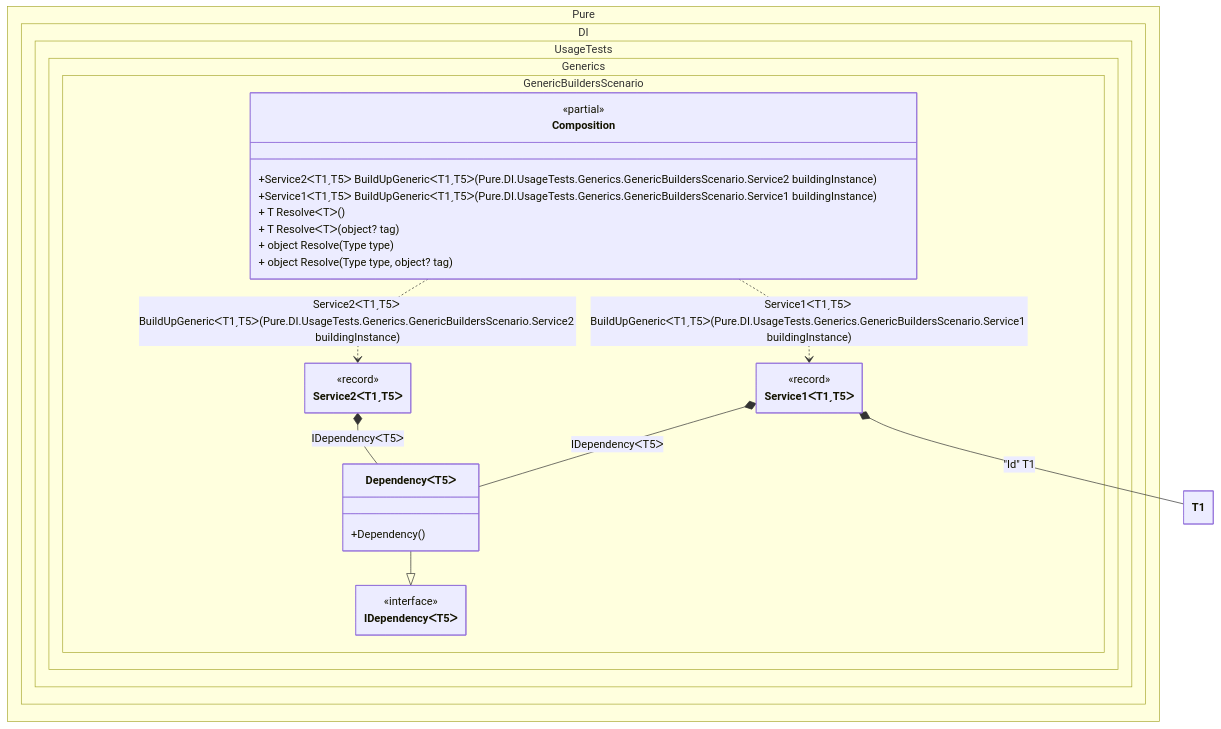
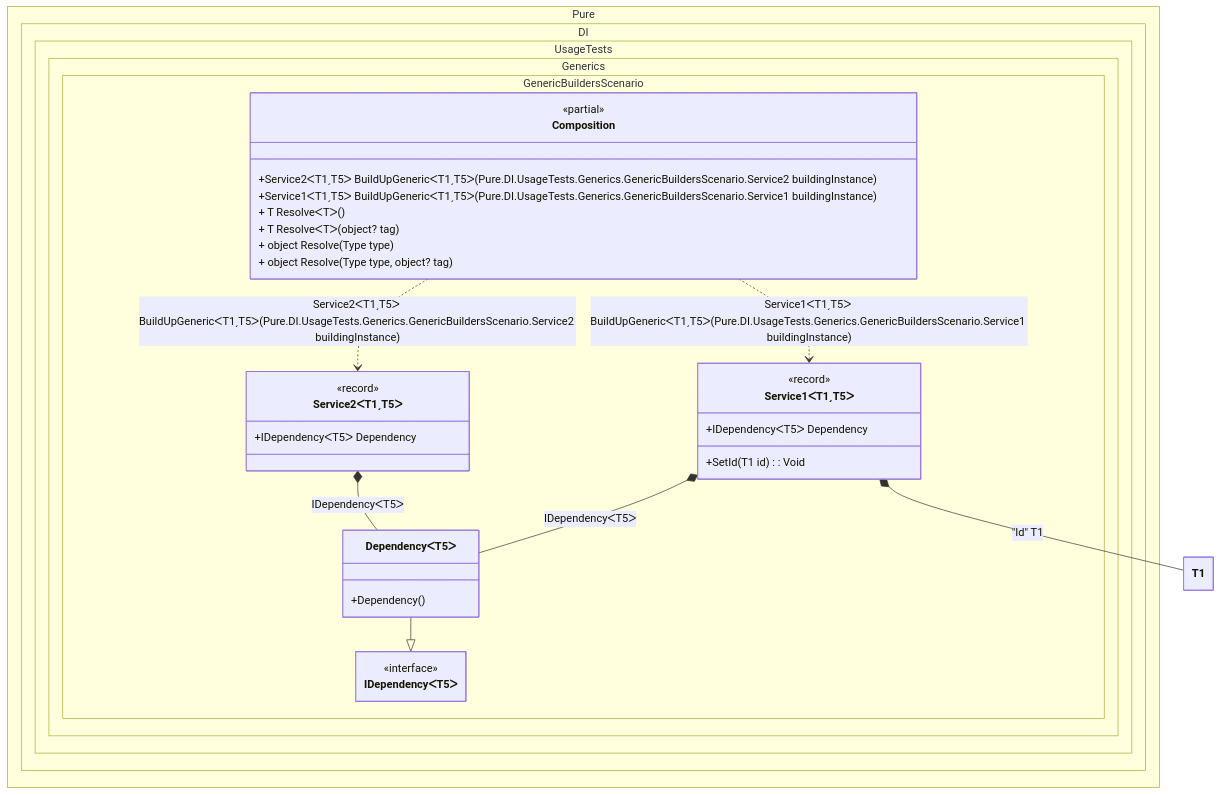
The diagram in readme/generic-builders.md (DevTeam/Pure.DI), drawn with Mermaid before and after one commit. The commit also changed 113 other files, not shown here.

````diff
--- a/readme/generic-builders.md
+++ b/readme/generic-builders.md
@@ -174,37 +174,40 @@
 ```mermaid
 ---
  config:
   class:
    hideEmptyMembersBox: true
 ---
 classDiagram
 	DependencyᐸT5ᐳ --|> IDependencyᐸT5ᐳ
 	Composition ..> Service2ᐸT1ˏT5ᐳ : Service2ᐸT1ˏT5ᐳ BuildUpGenericᐸT1ˏT5ᐳ(Pure.DI.UsageTests.Generics.GenericBuildersScenario.Service2<T1, T5> buildingInstance)
 	Composition ..> Service1ᐸT1ˏT5ᐳ : Service1ᐸT1ˏT5ᐳ BuildUpGenericᐸT1ˏT5ᐳ(Pure.DI.UsageTests.Generics.GenericBuildersScenario.Service1<T1, T5> buildingInstance)
 	Service2ᐸT1ˏT5ᐳ *--  DependencyᐸT5ᐳ : IDependencyᐸT5ᐳ
 	Service1ᐸT1ˏT5ᐳ *--  DependencyᐸT5ᐳ : IDependencyᐸT5ᐳ
 	Service1ᐸT1ˏT5ᐳ *--  T1 : "Id"  T1
 	namespace Pure.DI.UsageTests.Generics.GenericBuildersScenario {
 		class Composition {
 		<<partial>>
 		+Service2ᐸT1ˏT5ᐳ BuildUpGenericᐸT1ˏT5ᐳ(Pure.DI.UsageTests.Generics.GenericBuildersScenario.Service2<T1, T5> buildingInstance)
 		+Service1ᐸT1ˏT5ᐳ BuildUpGenericᐸT1ˏT5ᐳ(Pure.DI.UsageTests.Generics.GenericBuildersScenario.Service1<T1, T5> buildingInstance)
 		+ T ResolveᐸTᐳ()
 		+ T ResolveᐸTᐳ(object? tag)
 		+ object Resolve(Type type)
 		+ object Resolve(Type type, object? tag)
 		}
 		class DependencyᐸT5ᐳ {
 			+Dependency()
 		}
 		class IDependencyᐸT5ᐳ {
 			<<interface>>
 		}
 		class Service1ᐸT1ˏT5ᐳ {
-			<<record>>
+				<<record>>
+			+IDependencyᐸT5ᐳ Dependency
+			+SetId(T1 id) : Void
 		}
 		class Service2ᐸT1ˏT5ᐳ {
-			<<record>>
+				<<record>>
+			+IDependencyᐸT5ᐳ Dependency
 		}
 	}
 ```
````
